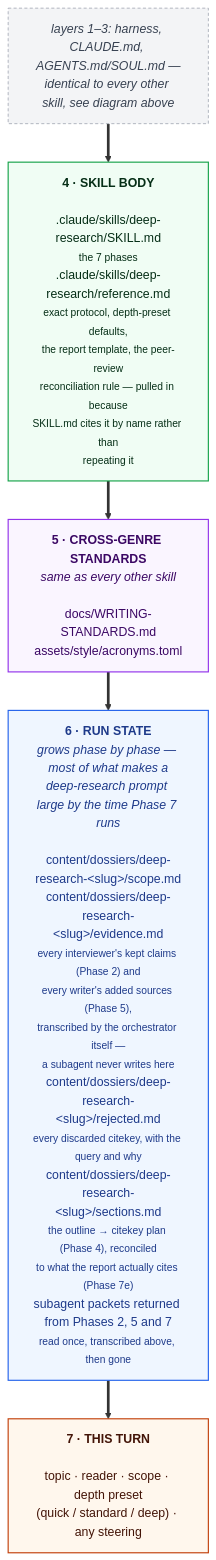
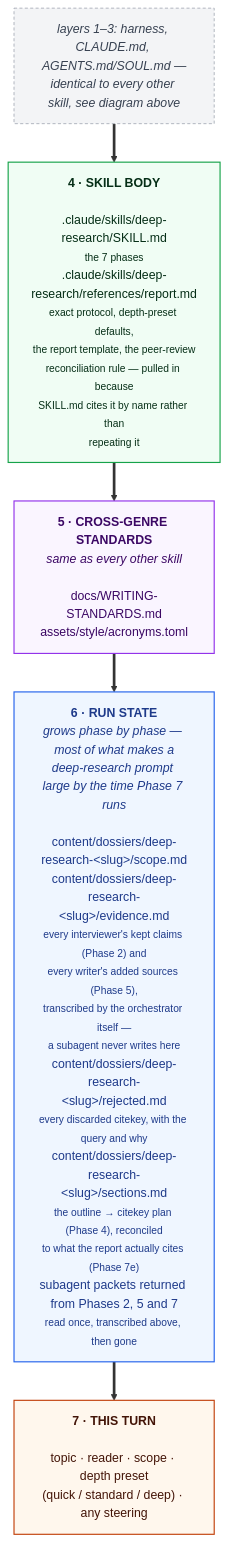
Before and after one commit to prasadtalasila/chitragupta: the second of 3 diagrams in docs/PROMPTS.md, drawn with Mermaid. The commit also changed other lines of this file and 111 other files, not shown here.

First line of the commit message:
Keep each skill's references once under .claude/, so only SKILL.md is per harness (#1039)

````diff
--- a/docs/PROMPTS.md
+++ b/docs/PROMPTS.md
@@ -114,26 +117,26 @@
 ```mermaid
 flowchart TB
   PRIOR["<i>layers 1–3: harness, CLAUDE.md, AGENTS.md/SOUL.md —<br/>identical to every other skill, see diagram above</i>"]
 
-  L4["<b>4 · SKILL BODY</b><br/><br/>.claude/skills/deep-research/SKILL.md<br/><small>the 7 phases</small><br/>.claude/skills/deep-research/reference.md<br/><small>exact protocol, depth-preset defaults,<br/>the report template, the peer-review<br/>reconciliation rule — pulled in because<br/>SKILL.md cites it by name rather than<br/>repeating it</small>"]
+  L4["<b>4 · SKILL BODY</b><br/><br/>.claude/skills/deep-research/SKILL.md<br/><small>the 7 phases</small><br/>.claude/skills/deep-research/references/report.md<br/><small>exact protocol, depth-preset defaults,<br/>the report template, the peer-review<br/>reconciliation rule — pulled in because<br/>SKILL.md cites it by name rather than<br/>repeating it</small>"]
 
   L5["<b>5 · CROSS-GENRE STANDARDS</b><br/><i>same as every other skill</i><br/><br/>docs/WRITING-STANDARDS.md<br/>assets/style/acronyms.toml"]
 
   L6["<b>6 · RUN STATE</b><br/><i>grows phase by phase — most of what makes a<br/>deep-research prompt large by the time Phase 7 runs</i><br/><br/>content/dossiers/deep-research-&lt;slug&gt;/scope.md<br/>content/dossiers/deep-research-&lt;slug&gt;/evidence.md<br/><small>every interviewer's kept claims (Phase 2) and<br/>every writer's added sources (Phase 5),<br/>transcribed by the orchestrator itself —<br/>a subagent never writes here</small><br/>content/dossiers/deep-research-&lt;slug&gt;/rejected.md<br/><small>every discarded citekey, with the query and why</small><br/>content/dossiers/deep-research-&lt;slug&gt;/sections.md<br/><small>the outline → citekey plan (Phase 4), reconciled<br/>to what the report actually cites (Phase 7e)</small><br/>subagent packets returned from Phases 2, 5 and 7<br/><small>read once, transcribed above, then gone</small>"]
 
   L7["<b>7 · THIS TURN</b><br/><br/>topic · reader · scope · depth preset<br/>(quick / standard / deep) · any steering"]
 
   PRIOR ==> L4 ==> L5 ==> L6 ==> L7
 
   classDef prior fill:#f3f4f6,stroke:#9ca3af,stroke-width:1px,color:#374151,stroke-dasharray:4 3
   classDef skill fill:#f0fdf4,stroke:#16a34a,stroke-width:1.5px,color:#052e16
   classDef standards fill:#faf5ff,stroke:#9333ea,stroke-width:1.5px,color:#3b0764
   classDef state fill:#eff6ff,stroke:#2563eb,stroke-width:1.5px,color:#1e3a8a
   classDef turn fill:#fff7ed,stroke:#c2410c,stroke-width:1.5px,color:#431407
 
   class PRIOR prior
   class L4 skill
   class L5 standards
   class L6 state
   class L7 turn
 ```
````
